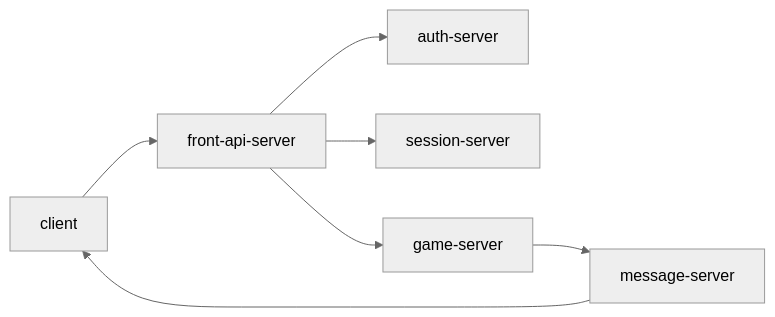
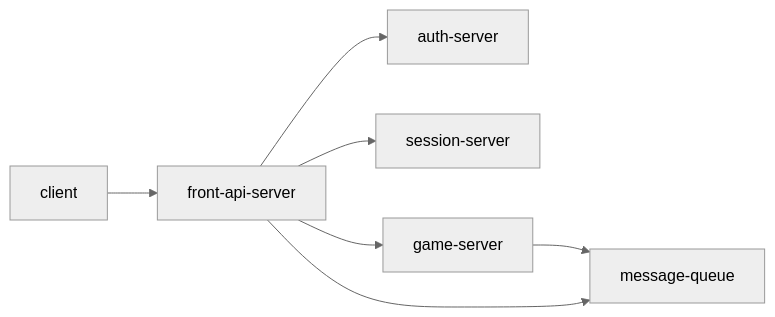
The diagram in README.md (ch3224bin/mud-mk1), drawn with Mermaid (neutral theme) before and after one commit.

Commit message:
Update README.md
README.md 수정

````diff
--- a/README.md
+++ b/README.md
@@ -5,9 +5,9 @@
 ```mermaid
 graph LR;
     client-->front-api-server;
     front-api-server-->auth-server;
     front-api-server-->session-server;
     front-api-server-->game-server;
-    game-server-->message-server;
-    message-server-->client;
+    game-server-->message-queue;
+    front-api-server-->message-queue;
 ```
````
